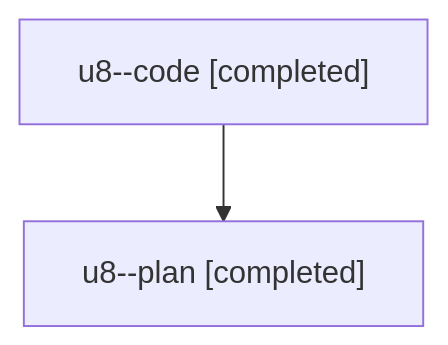
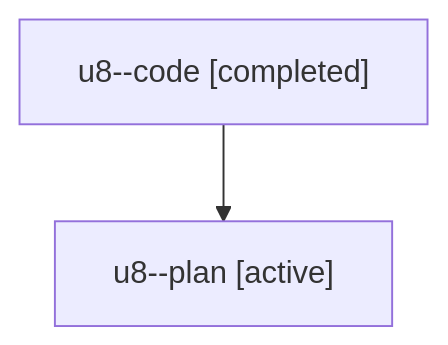
One commit to sase-org/sase--agents changed the diagram in families/bbugyi200.athena.u8.md. Above: the diagram before and after it, drawn with Mermaid. The commit also changed other lines of this file and 4556 other files, not shown here.

````diff
--- a/families/bbugyi200.athena.u8.md
+++ b/families/bbugyi200.athena.u8.md
@@ -9,6 +9,6 @@
 ```mermaid
 flowchart TD
   n0["u8--code [completed]"]
-  n1["u8--plan [completed]"]
+  n1["u8--plan [active]"]
   n0 --> n1
 ```
````
